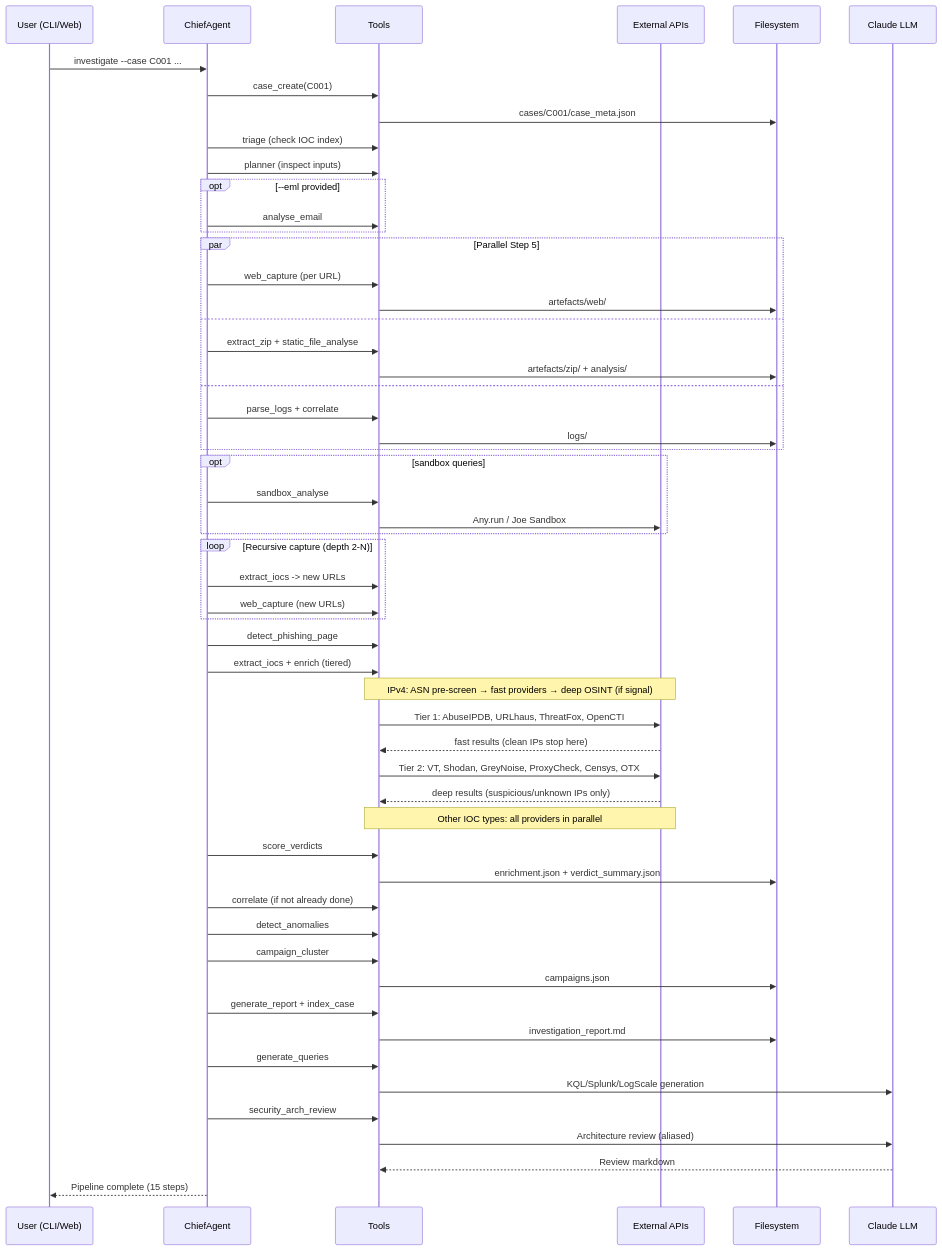
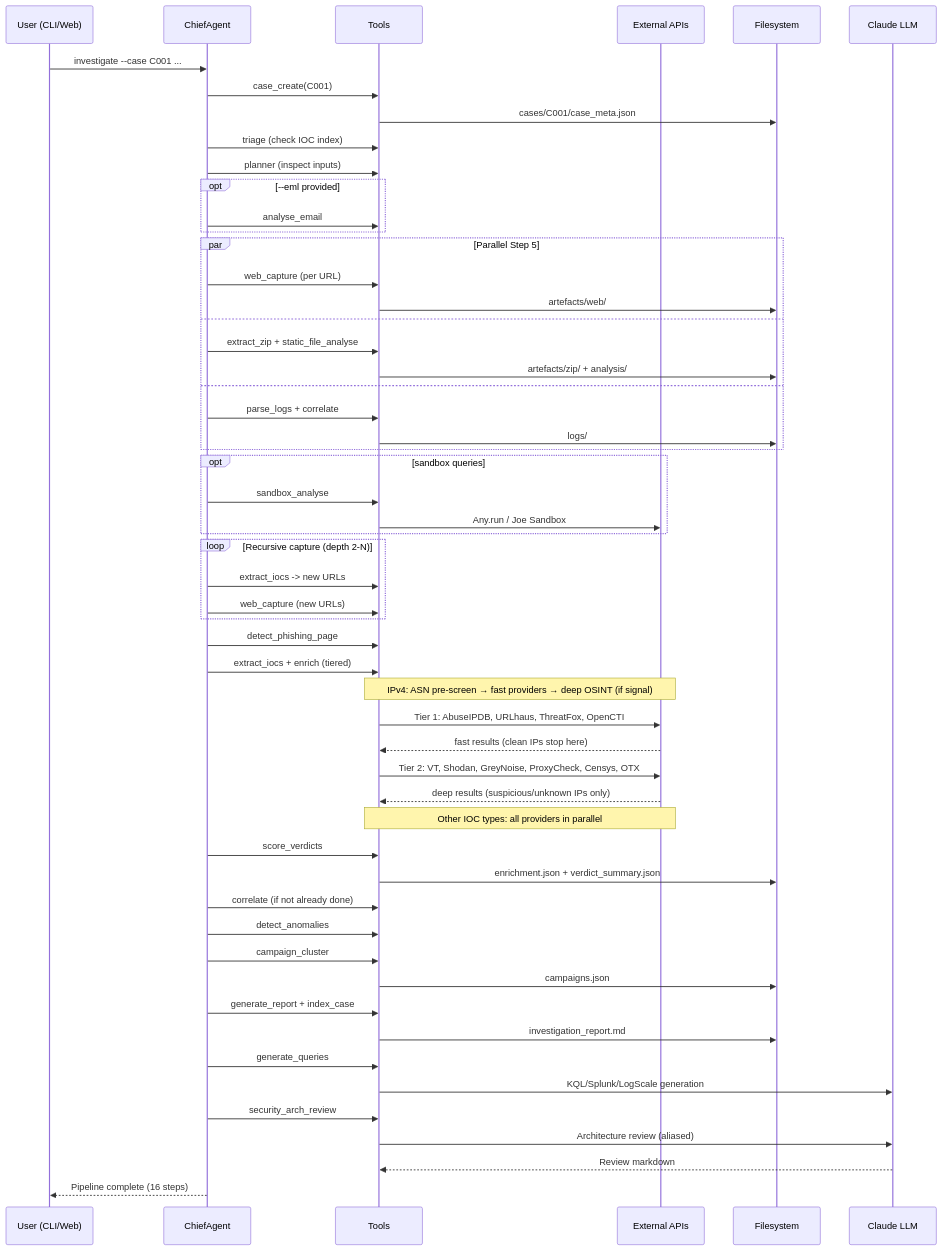
One commit to WillBanasik/socai changed the second of 5 diagrams in docs/architecture_diagram.md. Above: the diagram before and after it, drawn with Mermaid. The commit also changed other lines of this file and 62 other files, not shown here.

````diff
--- a/docs/architecture_diagram.md
+++ b/docs/architecture_diagram.md
@@ -153,69 +153,69 @@
 ```mermaid
 sequenceDiagram
     participant U as User (CLI/Web)
     participant C as ChiefAgent
     participant T as Tools
     participant E as External APIs
     participant F as Filesystem
     participant L as Claude LLM
 
     U->>C: investigate --case C001 ...
     C->>T: case_create(C001)
     T->>F: cases/C001/case_meta.json
 
     C->>T: triage (check IOC index)
     C->>T: planner (inspect inputs)
 
     opt --eml provided
         C->>T: analyse_email
     end
 
     par Parallel Step 5
         C->>T: web_capture (per URL)
         T->>F: artefacts/web/
     and
         C->>T: extract_zip + static_file_analyse
         T->>F: artefacts/zip/ + analysis/
     and
         C->>T: parse_logs + correlate
         T->>F: logs/
     end
 
     opt sandbox queries
         C->>T: sandbox_analyse
         T->>E: Any.run / Joe Sandbox
     end
 
     loop Recursive capture (depth 2-N)
         C->>T: extract_iocs -> new URLs
         C->>T: web_capture (new URLs)
     end
 
     C->>T: detect_phishing_page
     C->>T: extract_iocs + enrich (tiered)
     Note over T,E: IPv4: ASN pre-screen → fast providers → deep OSINT (if signal)
     T->>E: Tier 1: AbuseIPDB, URLhaus, ThreatFox, OpenCTI
     E-->>T: fast results (clean IPs stop here)
     T->>E: Tier 2: VT, Shodan, GreyNoise, ProxyCheck, Censys, OTX
     E-->>T: deep results (suspicious/unknown IPs only)
     Note over T,E: Other IOC types: all providers in parallel
     C->>T: score_verdicts
     T->>F: enrichment.json + verdict_summary.json
 
     C->>T: correlate (if not already done)
     C->>T: detect_anomalies
     C->>T: campaign_cluster
     T->>F: campaigns.json
 
     C->>T: generate_report + index_case
     T->>F: investigation_report.md
 
     C->>T: generate_queries
     T->>L: KQL/Splunk/LogScale generation
 
     C->>T: security_arch_review
     T->>L: Architecture review (aliased)
     L-->>T: Review markdown
 
-    C-->>U: Pipeline complete (15 steps)
+    C-->>U: Pipeline complete (16 steps)
 ```
````
